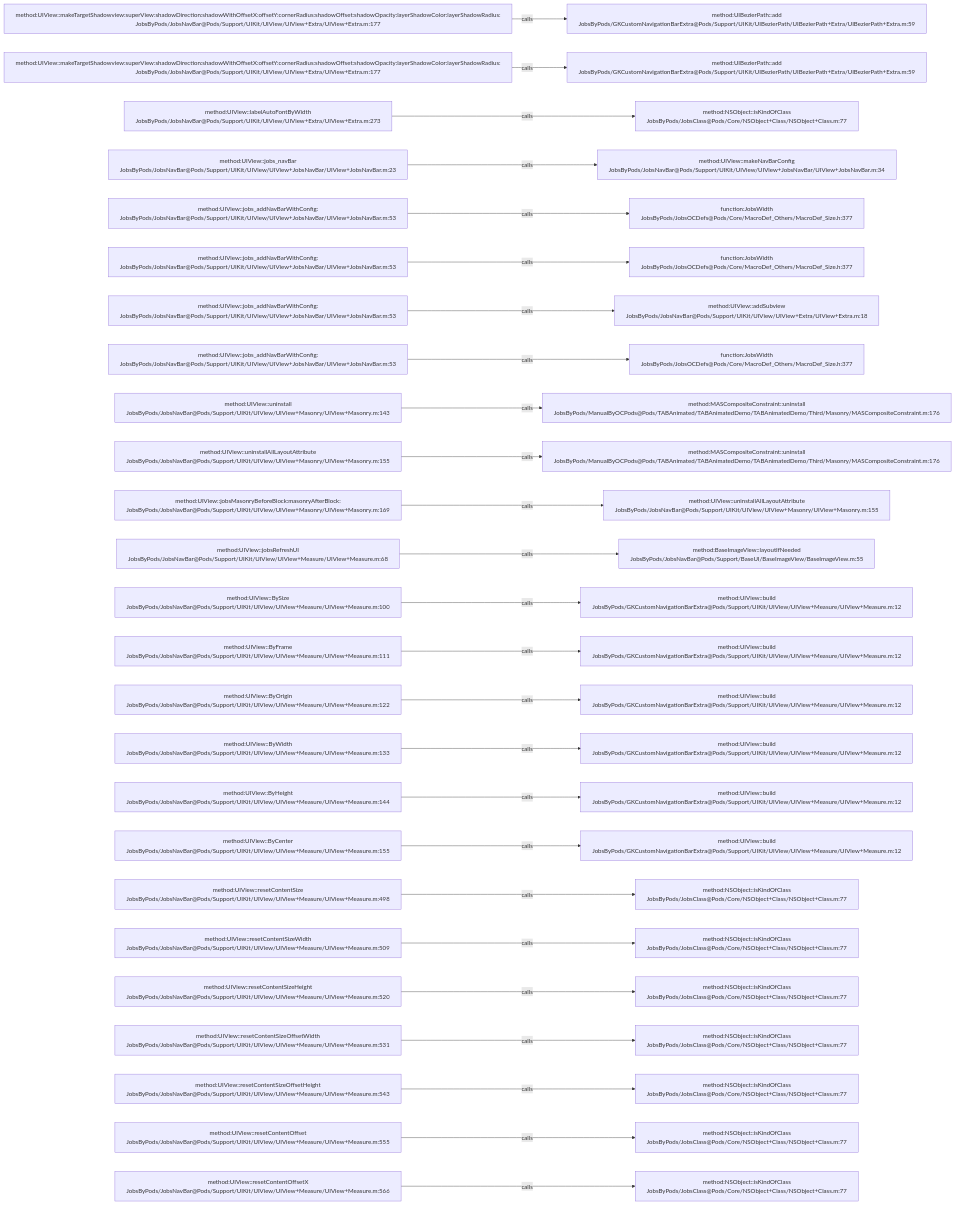
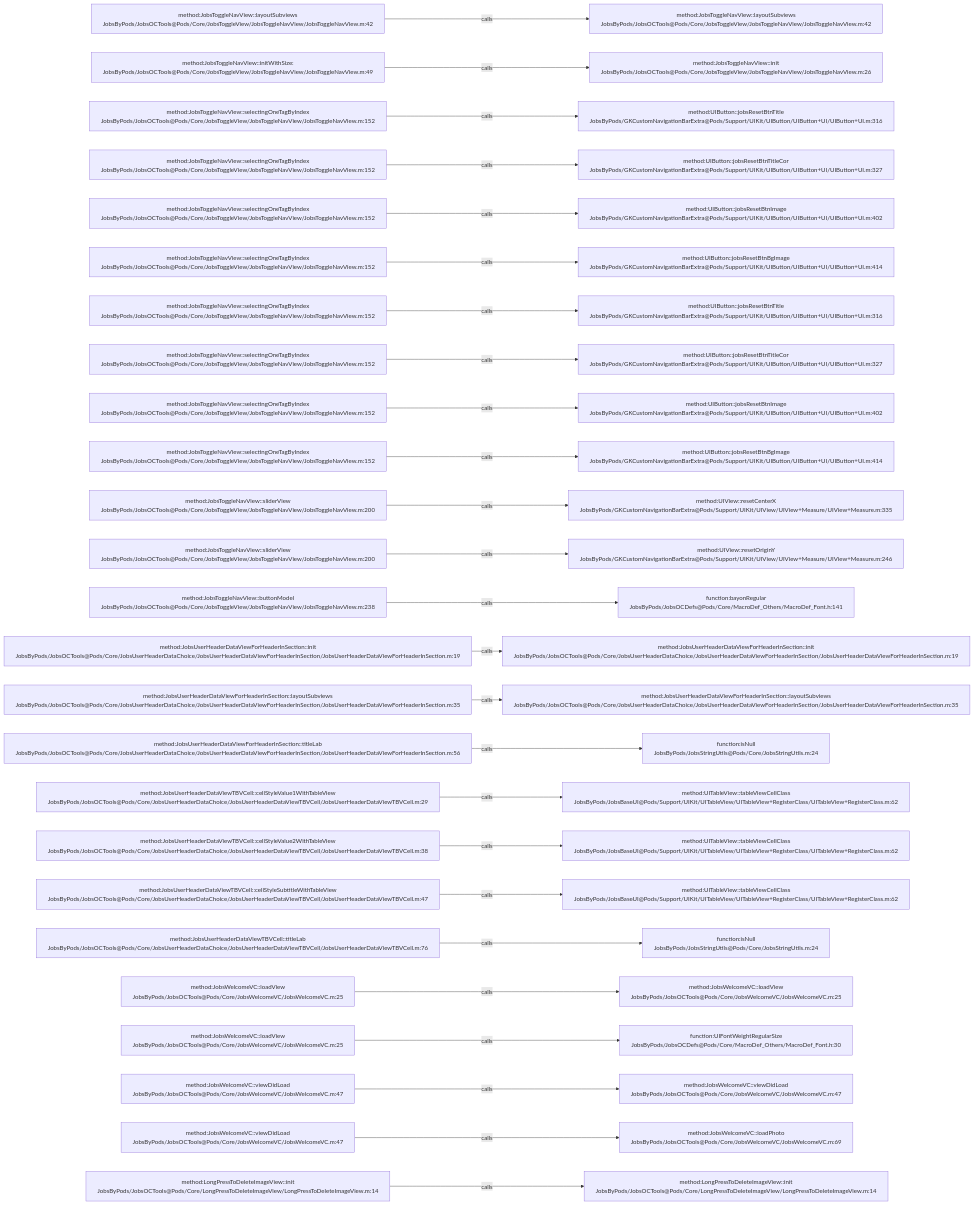
Before and after one commit to JobsKits/JobsOCBaseConfigDemo: the diagram in .codegraph/codegraph.md/graphs/calls-157.md, drawn with Mermaid. The commit also changed 1026 other files, not shown here.

````diff
--- a/.codegraph/codegraph.md/graphs/calls-157.md
+++ b/.codegraph/codegraph.md/graphs/calls-157.md
@@ -13,78 +13,78 @@
 ```mermaid
 flowchart LR
-  S1["method:UIView::makeTargetShadowview:superView:shadowDirection:shadowWithOffsetX:offsetY:cornerRadius:shadowOffset:shadowOpacity:layerShadowColor:layerShadowRadius:<br/>JobsByPods/JobsNavBar@Pods/Support/UIKit/UIView/UIView+Extra/UIView+Extra.m:177"]
-  T1["method:UIBezierPath::add<br/>JobsByPods/GKCustomNavigationBarExtra@Pods/Support/UIKit/UIBezierPath/UIBezierPath+Extra/UIBezierPath+Extra.m:59"]
+  S1["method:JobsToggleNavView::layoutSubviews<br/>JobsByPods/JobsOCTools@Pods/Core/JobsToggleView/JobsToggleNavView/JobsToggleNavView.m:42"]
+  T1["method:JobsToggleNavView::layoutSubviews<br/>JobsByPods/JobsOCTools@Pods/Core/JobsToggleView/JobsToggleNavView/JobsToggleNavView.m:42"]
   S1 -->|calls| T1
-  S2["method:UIView::makeTargetShadowview:superView:shadowDirection:shadowWithOffsetX:offsetY:cornerRadius:shadowOffset:shadowOpacity:layerShadowColor:layerShadowRadius:<br/>JobsByPods/JobsNavBar@Pods/Support/UIKit/UIView/UIView+Extra/UIView+Extra.m:177"]
-  T2["method:UIBezierPath::add<br/>JobsByPods/GKCustomNavigationBarExtra@Pods/Support/UIKit/UIBezierPath/UIBezierPath+Extra/UIBezierPath+Extra.m:59"]
+  S2["method:JobsToggleNavView::initWithSize:<br/>JobsByPods/JobsOCTools@Pods/Core/JobsToggleView/JobsToggleNavView/JobsToggleNavView.m:49"]
+  T2["method:JobsToggleNavView::init<br/>JobsByPods/JobsOCTools@Pods/Core/JobsToggleView/JobsToggleNavView/JobsToggleNavView.m:26"]
   S2 -->|calls| T2
-  S3["method:UIView::labelAutoFontByWidth<br/>JobsByPods/JobsNavBar@Pods/Support/UIKit/UIView/UIView+Extra/UIView+Extra.m:273"]
-  T3["method:NSObject::isKindOfClass<br/>JobsByPods/JobsClass@Pods/Core/NSObject+Class/NSObject+Class.m:77"]
+  S3["method:JobsToggleNavView::selectingOneTagByIndex<br/>JobsByPods/JobsOCTools@Pods/Core/JobsToggleView/JobsToggleNavView/JobsToggleNavView.m:152"]
+  T3["method:UIButton::jobsResetBtnTitle<br/>JobsByPods/GKCustomNavigationBarExtra@Pods/Support/UIKit/UIButton/UIButton+UI/UIButton+UI.m:316"]
   S3 -->|calls| T3
-  S4["method:UIView::jobs_navBar<br/>JobsByPods/JobsNavBar@Pods/Support/UIKit/UIView/UIView+JobsNavBar/UIView+JobsNavBar.m:23"]
-  T4["method:UIView::makeNavBarConfig<br/>JobsByPods/JobsNavBar@Pods/Support/UIKit/UIView/UIView+JobsNavBar/UIView+JobsNavBar.m:34"]
+  S4["method:JobsToggleNavView::selectingOneTagByIndex<br/>JobsByPods/JobsOCTools@Pods/Core/JobsToggleView/JobsToggleNavView/JobsToggleNavView.m:152"]
+  T4["method:UIButton::jobsResetBtnTitleCor<br/>JobsByPods/GKCustomNavigationBarExtra@Pods/Support/UIKit/UIButton/UIButton+UI/UIButton+UI.m:327"]
   S4 -->|calls| T4
-  S5["method:UIView::jobs_addNavBarWithConfig:<br/>JobsByPods/JobsNavBar@Pods/Support/UIKit/UIView/UIView+JobsNavBar/UIView+JobsNavBar.m:53"]
-  T5["function:JobsWidth<br/>JobsByPods/JobsOCDefs@Pods/Core/MacroDef_Others/MacroDef_Size.h:377"]
+  S5["method:JobsToggleNavView::selectingOneTagByIndex<br/>JobsByPods/JobsOCTools@Pods/Core/JobsToggleView/JobsToggleNavView/JobsToggleNavView.m:152"]
+  T5["method:UIButton::jobsResetBtnImage<br/>JobsByPods/GKCustomNavigationBarExtra@Pods/Support/UIKit/UIButton/UIButton+UI/UIButton+UI.m:402"]
   S5 -->|calls| T5
-  S6["method:UIView::jobs_addNavBarWithConfig:<br/>JobsByPods/JobsNavBar@Pods/Support/UIKit/UIView/UIView+JobsNavBar/UIView+JobsNavBar.m:53"]
-  T6["function:JobsWidth<br/>JobsByPods/JobsOCDefs@Pods/Core/MacroDef_Others/MacroDef_Size.h:377"]
+  S6["method:JobsToggleNavView::selectingOneTagByIndex<br/>JobsByPods/JobsOCTools@Pods/Core/JobsToggleView/JobsToggleNavView/JobsToggleNavView.m:152"]
+  T6["method:UIButton::jobsResetBtnBgImage<br/>JobsByPods/GKCustomNavigationBarExtra@Pods/Support/UIKit/UIButton/UIButton+UI/UIButton+UI.m:414"]
   S6 -->|calls| T6
-  S7["method:UIView::jobs_addNavBarWithConfig:<br/>JobsByPods/JobsNavBar@Pods/Support/UIKit/UIView/UIView+JobsNavBar/UIView+JobsNavBar.m:53"]
-  T7["method:UIView::addSubview<br/>JobsByPods/JobsNavBar@Pods/Support/UIKit/UIView/UIView+Extra/UIView+Extra.m:18"]
+  S7["method:JobsToggleNavView::selectingOneTagByIndex<br/>JobsByPods/JobsOCTools@Pods/Core/JobsToggleView/JobsToggleNavView/JobsToggleNavView.m:152"]
+  T7["method:UIButton::jobsResetBtnTitle<br/>JobsByPods/GKCustomNavigationBarExtra@Pods/Support/UIKit/UIButton/UIButton+UI/UIButton+UI.m:316"]
   S7 -->|calls| T7
-  S8["method:UIView::jobs_addNavBarWithConfig:<br/>JobsByPods/JobsNavBar@Pods/Support/UIKit/UIView/UIView+JobsNavBar/UIView+JobsNavBar.m:53"]
-  T8["function:JobsWidth<br/>JobsByPods/JobsOCDefs@Pods/Core/MacroDef_Others/MacroDef_Size.h:377"]
+  S8["method:JobsToggleNavView::selectingOneTagByIndex<br/>JobsByPods/JobsOCTools@Pods/Core/JobsToggleView/JobsToggleNavView/JobsToggleNavView.m:152"]
+  T8["method:UIButton::jobsResetBtnTitleCor<br/>JobsByPods/GKCustomNavigationBarExtra@Pods/Support/UIKit/UIButton/UIButton+UI/UIButton+UI.m:327"]
   S8 -->|calls| T8
-  S9["method:UIView::uninstall<br/>JobsByPods/JobsNavBar@Pods/Support/UIKit/UIView/UIView+Masonry/UIView+Masonry.m:143"]
-  T9["method:MASCompositeConstraint::uninstall<br/>JobsByPods/ManualByOCPods@Pods/TABAnimated/TABAnimatedDemo/TABAnimatedDemo/Third/Masonry/MASCompositeConstraint.m:176"]
+  S9["method:JobsToggleNavView::selectingOneTagByIndex<br/>JobsByPods/JobsOCTools@Pods/Core/JobsToggleView/JobsToggleNavView/JobsToggleNavView.m:152"]
+  T9["method:UIButton::jobsResetBtnImage<br/>JobsByPods/GKCustomNavigationBarExtra@Pods/Support/UIKit/UIButton/UIButton+UI/UIButton+UI.m:402"]
   S9 -->|calls| T9
-  S10["method:UIView::uninstallAllLayoutAttribute<br/>JobsByPods/JobsNavBar@Pods/Support/UIKit/UIView/UIView+Masonry/UIView+Masonry.m:155"]
-  T10["method:MASCompositeConstraint::uninstall<br/>JobsByPods/ManualByOCPods@Pods/TABAnimated/TABAnimatedDemo/TABAnimatedDemo/Third/Masonry/MASCompositeConstraint.m:176"]
+  S10["method:JobsToggleNavView::selectingOneTagByIndex<br/>JobsByPods/JobsOCTools@Pods/Core/JobsToggleView/JobsToggleNavView/JobsToggleNavView.m:152"]
+  T10["method:UIButton::jobsResetBtnBgImage<br/>JobsByPods/GKCustomNavigationBarExtra@Pods/Support/UIKit/UIButton/UIButton+UI/UIButton+UI.m:414"]
   S10 -->|calls| T10
-  S11["method:UIView::jobsMasonryBeforeBlock:masonryAfterBlock:<br/>JobsByPods/JobsNavBar@Pods/Support/UIKit/UIView/UIView+Masonry/UIView+Masonry.m:169"]
-  T11["method:UIView::uninstallAllLayoutAttribute<br/>JobsByPods/JobsNavBar@Pods/Support/UIKit/UIView/UIView+Masonry/UIView+Masonry.m:155"]
+  S11["method:JobsToggleNavView::sliderView<br/>JobsByPods/JobsOCTools@Pods/Core/JobsToggleView/JobsToggleNavView/JobsToggleNavView.m:200"]
+  T11["method:UIView::resetCenterX<br/>JobsByPods/GKCustomNavigationBarExtra@Pods/Support/UIKit/UIView/UIView+Measure/UIView+Measure.m:335"]
   S11 -->|calls| T11
-  S12["method:UIView::jobsRefreshUI<br/>JobsByPods/JobsNavBar@Pods/Support/UIKit/UIView/UIView+Measure/UIView+Measure.m:68"]
-  T12["method:BaseImageView::layoutIfNeeded<br/>JobsByPods/JobsNavBar@Pods/Support/BaseUI/BaseImageView/BaseImageView.m:55"]
+  S12["method:JobsToggleNavView::sliderView<br/>JobsByPods/JobsOCTools@Pods/Core/JobsToggleView/JobsToggleNavView/JobsToggleNavView.m:200"]
+  T12["method:UIView::resetOriginY<br/>JobsByPods/GKCustomNavigationBarExtra@Pods/Support/UIKit/UIView/UIView+Measure/UIView+Measure.m:246"]
   S12 -->|calls| T12
-  S13["method:UIView::BySize<br/>JobsByPods/JobsNavBar@Pods/Support/UIKit/UIView/UIView+Measure/UIView+Measure.m:100"]
-  T13["method:UIView::build<br/>JobsByPods/GKCustomNavigationBarExtra@Pods/Support/UIKit/UIView/UIView+Measure/UIView+Measure.m:12"]
+  S13["method:JobsToggleNavView::buttonModel<br/>JobsByPods/JobsOCTools@Pods/Core/JobsToggleView/JobsToggleNavView/JobsToggleNavView.m:238"]
+  T13["function:bayonRegular<br/>JobsByPods/JobsOCDefs@Pods/Core/MacroDef_Others/MacroDef_Font.h:141"]
   S13 -->|calls| T13
-  S14["method:UIView::ByFrame<br/>JobsByPods/JobsNavBar@Pods/Support/UIKit/UIView/UIView+Measure/UIView+Measure.m:111"]
-  T14["method:UIView::build<br/>JobsByPods/GKCustomNavigationBarExtra@Pods/Support/UIKit/UIView/UIView+Measure/UIView+Measure.m:12"]
+  S14["method:JobsUserHeaderDataViewForHeaderInSection::init<br/>JobsByPods/JobsOCTools@Pods/Core/JobsUserHeaderDataChoice/JobsUserHeaderDataViewForHeaderInSection/JobsUserHeaderDataViewForHeaderInSection.m:19"]
+  T14["method:JobsUserHeaderDataViewForHeaderInSection::init<br/>JobsByPods/JobsOCTools@Pods/Core/JobsUserHeaderDataChoice/JobsUserHeaderDataViewForHeaderInSection/JobsUserHeaderDataViewForHeaderInSection.m:19"]
   S14 -->|calls| T14
-  S15["method:UIView::ByOrigin<br/>JobsByPods/JobsNavBar@Pods/Support/UIKit/UIView/UIView+Measure/UIView+Measure.m:122"]
-  T15["method:UIView::build<br/>JobsByPods/GKCustomNavigationBarExtra@Pods/Support/UIKit/UIView/UIView+Measure/UIView+Measure.m:12"]
+  S15["method:JobsUserHeaderDataViewForHeaderInSection::layoutSubviews<br/>JobsByPods/JobsOCTools@Pods/Core/JobsUserHeaderDataChoice/JobsUserHeaderDataViewForHeaderInSection/JobsUserHeaderDataViewForHeaderInSection.m:35"]
+  T15["method:JobsUserHeaderDataViewForHeaderInSection::layoutSubviews<br/>JobsByPods/JobsOCTools@Pods/Core/JobsUserHeaderDataChoice/JobsUserHeaderDataViewForHeaderInSection/JobsUserHeaderDataViewForHeaderInSection.m:35"]
   S15 -->|calls| T15
-  S16["method:UIView::ByWidth<br/>JobsByPods/JobsNavBar@Pods/Support/UIKit/UIView/UIView+Measure/UIView+Measure.m:133"]
-  T16["method:UIView::build<br/>JobsByPods/GKCustomNavigationBarExtra@Pods/Support/UIKit/UIView/UIView+Measure/UIView+Measure.m:12"]
+  S16["method:JobsUserHeaderDataViewForHeaderInSection::titleLab<br/>JobsByPods/JobsOCTools@Pods/Core/JobsUserHeaderDataChoice/JobsUserHeaderDataViewForHeaderInSection/JobsUserHeaderDataViewForHeaderInSection.m:56"]
+  T16["function:isNull<br/>JobsByPods/JobsStringUtils@Pods/Core/JobsStringUtils.m:24"]
   S16 -->|calls| T16
-  S17["method:UIView::ByHeight<br/>JobsByPods/JobsNavBar@Pods/Support/UIKit/UIView/UIView+Measure/UIView+Measure.m:144"]
-  T17["method:UIView::build<br/>JobsByPods/GKCustomNavigationBarExtra@Pods/Support/UIKit/UIView/UIView+Measure/UIView+Measure.m:12"]
+  S17["method:JobsUserHeaderDataViewTBVCell::cellStyleValue1WithTableView<br/>JobsByPods/JobsOCTools@Pods/Core/JobsUserHeaderDataChoice/JobsUserHeaderDataViewTBVCell/JobsUserHeaderDataViewTBVCell.m:29"]
+  T17["method:UITableView::tableViewCellClass<br/>JobsByPods/JobsBaseUI@Pods/Support/UIKit/UITableView/UITableView+RegisterClass/UITableView+RegisterClass.m:62"]
   S17 -->|calls| T17
-  S18["method:UIView::ByCenter<br/>JobsByPods/JobsNavBar@Pods/Support/UIKit/UIView/UIView+Measure/UIView+Measure.m:155"]
-  T18["method:UIView::build<br/>JobsByPods/GKCustomNavigationBarExtra@Pods/Support/UIKit/UIView/UIView+Measure/UIView+Measure.m:12"]
+  S18["method:JobsUserHeaderDataViewTBVCell::cellStyleValue2WithTableView<br/>JobsByPods/JobsOCTools@Pods/Core/JobsUserHeaderDataChoice/JobsUserHeaderDataViewTBVCell/JobsUserHeaderDataViewTBVCell.m:38"]
+  T18["method:UITableView::tableViewCellClass<br/>JobsByPods/JobsBaseUI@Pods/Support/UIKit/UITableView/UITableView+RegisterClass/UITableView+RegisterClass.m:62"]
   S18 -->|calls| T18
-  S19["method:UIView::resetContentSize<br/>JobsByPods/JobsNavBar@Pods/Support/UIKit/UIView/UIView+Measure/UIView+Measure.m:498"]
-  T19["method:NSObject::isKindOfClass<br/>JobsByPods/JobsClass@Pods/Core/NSObject+Class/NSObject+Class.m:77"]
+  S19["method:JobsUserHeaderDataViewTBVCell::cellStyleSubtitleWithTableView<br/>JobsByPods/JobsOCTools@Pods/Core/JobsUserHeaderDataChoice/JobsUserHeaderDataViewTBVCell/JobsUserHeaderDataViewTBVCell.m:47"]
+  T19["method:UITableView::tableViewCellClass<br/>JobsByPods/JobsBaseUI@Pods/Support/UIKit/UITableView/UITableView+RegisterClass/UITableView+RegisterClass.m:62"]
   S19 -->|calls| T19
-  S20["method:UIView::resetContentSizeWidth<br/>JobsByPods/JobsNavBar@Pods/Support/UIKit/UIView/UIView+Measure/UIView+Measure.m:509"]
-  T20["method:NSObject::isKindOfClass<br/>JobsByPods/JobsClass@Pods/Core/NSObject+Class/NSObject+Class.m:77"]
+  S20["method:JobsUserHeaderDataViewTBVCell::titleLab<br/>JobsByPods/JobsOCTools@Pods/Core/JobsUserHeaderDataChoice/JobsUserHeaderDataViewTBVCell/JobsUserHeaderDataViewTBVCell.m:76"]
+  T20["function:isNull<br/>JobsByPods/JobsStringUtils@Pods/Core/JobsStringUtils.m:24"]
   S20 -->|calls| T20
-  S21["method:UIView::resetContentSizeHeight<br/>JobsByPods/JobsNavBar@Pods/Support/UIKit/UIView/UIView+Measure/UIView+Measure.m:520"]
-  T21["method:NSObject::isKindOfClass<br/>JobsByPods/JobsClass@Pods/Core/NSObject+Class/NSObject+Class.m:77"]
+  S21["method:JobsWelcomeVC::loadView<br/>JobsByPods/JobsOCTools@Pods/Core/JobsWelcomeVC/JobsWelcomeVC.m:25"]
+  T21["method:JobsWelcomeVC::loadView<br/>JobsByPods/JobsOCTools@Pods/Core/JobsWelcomeVC/JobsWelcomeVC.m:25"]
   S21 -->|calls| T21
-  S22["method:UIView::resetContentSizeOffsetWidth<br/>JobsByPods/JobsNavBar@Pods/Support/UIKit/UIView/UIView+Measure/UIView+Measure.m:531"]
-  T22["method:NSObject::isKindOfClass<br/>JobsByPods/JobsClass@Pods/Core/NSObject+Class/NSObject+Class.m:77"]
+  S22["method:JobsWelcomeVC::loadView<br/>JobsByPods/JobsOCTools@Pods/Core/JobsWelcomeVC/JobsWelcomeVC.m:25"]
+  T22["function:UIFontWeightRegularSize<br/>JobsByPods/JobsOCDefs@Pods/Core/MacroDef_Others/MacroDef_Font.h:30"]
   S22 -->|calls| T22
-  S23["method:UIView::resetContentSizeOffsetHeight<br/>JobsByPods/JobsNavBar@Pods/Support/UIKit/UIView/UIView+Measure/UIView+Measure.m:543"]
-  T23["method:NSObject::isKindOfClass<br/>JobsByPods/JobsClass@Pods/Core/NSObject+Class/NSObject+Class.m:77"]
+  S23["method:JobsWelcomeVC::viewDidLoad<br/>JobsByPods/JobsOCTools@Pods/Core/JobsWelcomeVC/JobsWelcomeVC.m:47"]
+  T23["method:JobsWelcomeVC::viewDidLoad<br/>JobsByPods/JobsOCTools@Pods/Core/JobsWelcomeVC/JobsWelcomeVC.m:47"]
   S23 -->|calls| T23
-  S24["method:UIView::resetContentOffset<br/>JobsByPods/JobsNavBar@Pods/Support/UIKit/UIView/UIView+Measure/UIView+Measure.m:555"]
-  T24["method:NSObject::isKindOfClass<br/>JobsByPods/JobsClass@Pods/Core/NSObject+Class/NSObject+Class.m:77"]
+  S24["method:JobsWelcomeVC::viewDidLoad<br/>JobsByPods/JobsOCTools@Pods/Core/JobsWelcomeVC/JobsWelcomeVC.m:47"]
+  T24["method:JobsWelcomeVC::loadPhoto<br/>JobsByPods/JobsOCTools@Pods/Core/JobsWelcomeVC/JobsWelcomeVC.m:69"]
   S24 -->|calls| T24
-  S25["method:UIView::resetContentOffsetX<br/>JobsByPods/JobsNavBar@Pods/Support/UIKit/UIView/UIView+Measure/UIView+Measure.m:566"]
-  T25["method:NSObject::isKindOfClass<br/>JobsByPods/JobsClass@Pods/Core/NSObject+Class/NSObject+Class.m:77"]
+  S25["method:LongPressToDeleteImageView::init<br/>JobsByPods/JobsOCTools@Pods/Core/LongPressToDeleteImageView/LongPressToDeleteImageView.m:14"]
+  T25["method:LongPressToDeleteImageView::init<br/>JobsByPods/JobsOCTools@Pods/Core/LongPressToDeleteImageView/LongPressToDeleteImageView.m:14"]
   S25 -->|calls| T25
 ```
````
